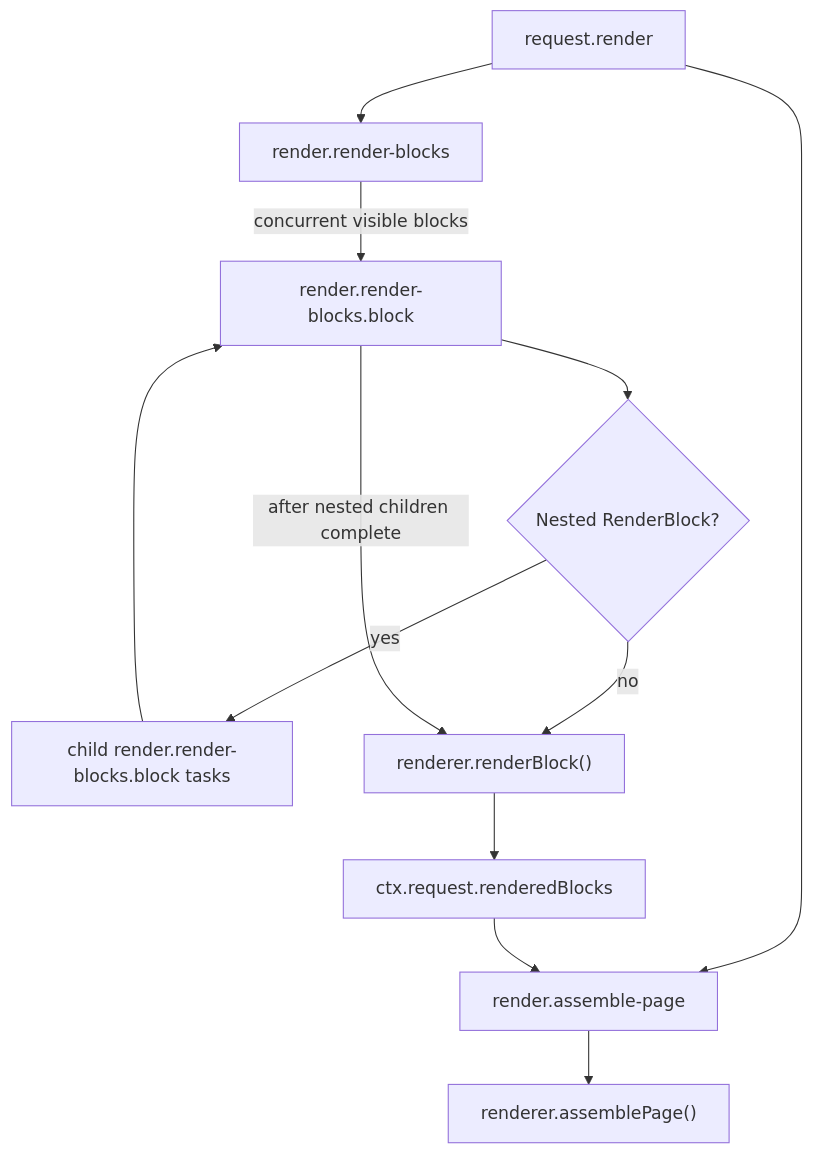
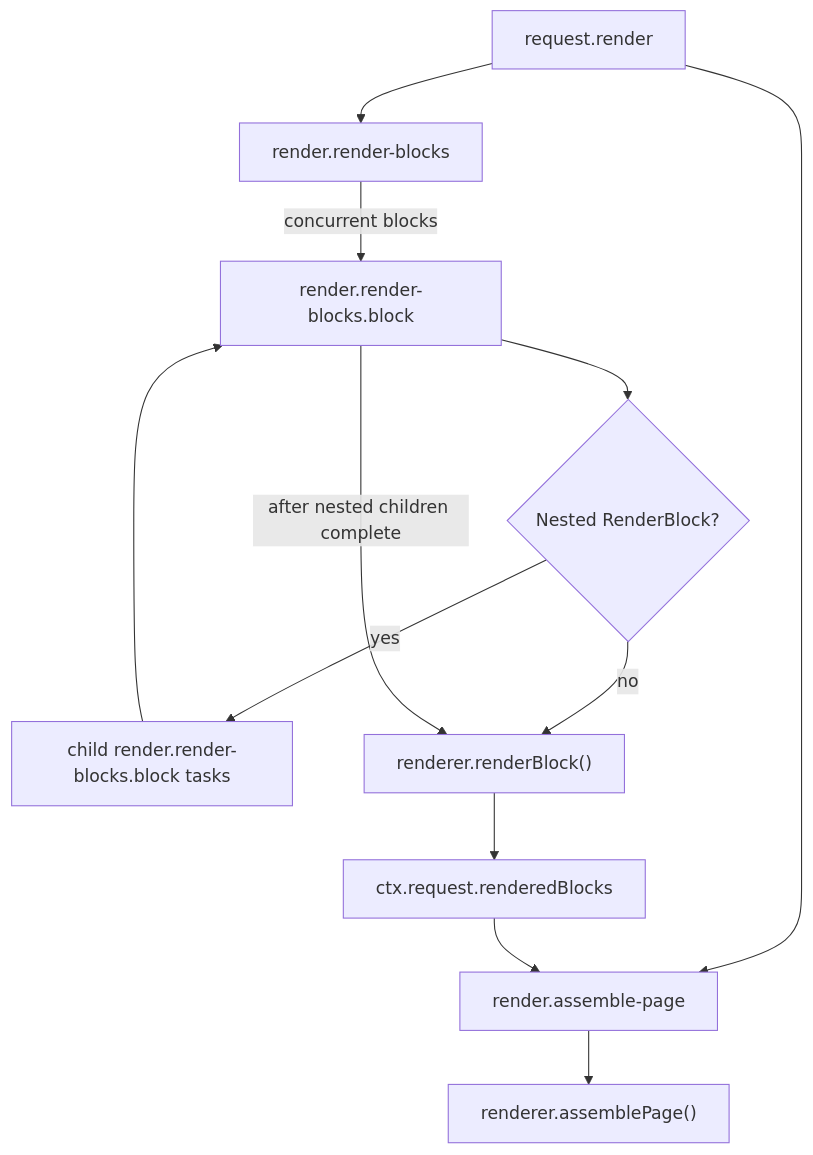
One commit to ministryofjustice/hmpps-forge changed the diagram in packages/forge-core/src/engine/runtime/evaluation/phases/render/README.md. Above: the diagram before and after it, drawn with Mermaid. The commit also changed other lines of this file and 23 other files, not shown here.

````diff
--- a/packages/forge-core/src/engine/runtime/evaluation/phases/render/README.md
+++ b/packages/forge-core/src/engine/runtime/evaluation/phases/render/README.md
@@ -81,14 +81,14 @@
 ```mermaid
 flowchart TD
   render["request.render"] --> blocks["render.render-blocks"]
   render --> assemble["render.assemble-page"]
-  blocks -->|"concurrent visible blocks"| block["render.render-blocks.block"]
+  blocks -->|"concurrent blocks"| block["render.render-blocks.block"]
   block --> nested{"Nested RenderBlock?"}
   nested -->|yes| nestedChildren["child render.render-blocks.block tasks"]
   nestedChildren --> block
   nested -->|no| renderBlock["renderer.renderBlock()"]
   block -->|"after nested children complete"| renderBlock
   renderBlock --> rendered["ctx.request.renderedBlocks"]
   rendered --> assemble
   assemble --> output["renderer.assemblePage()"]
 ```
````
